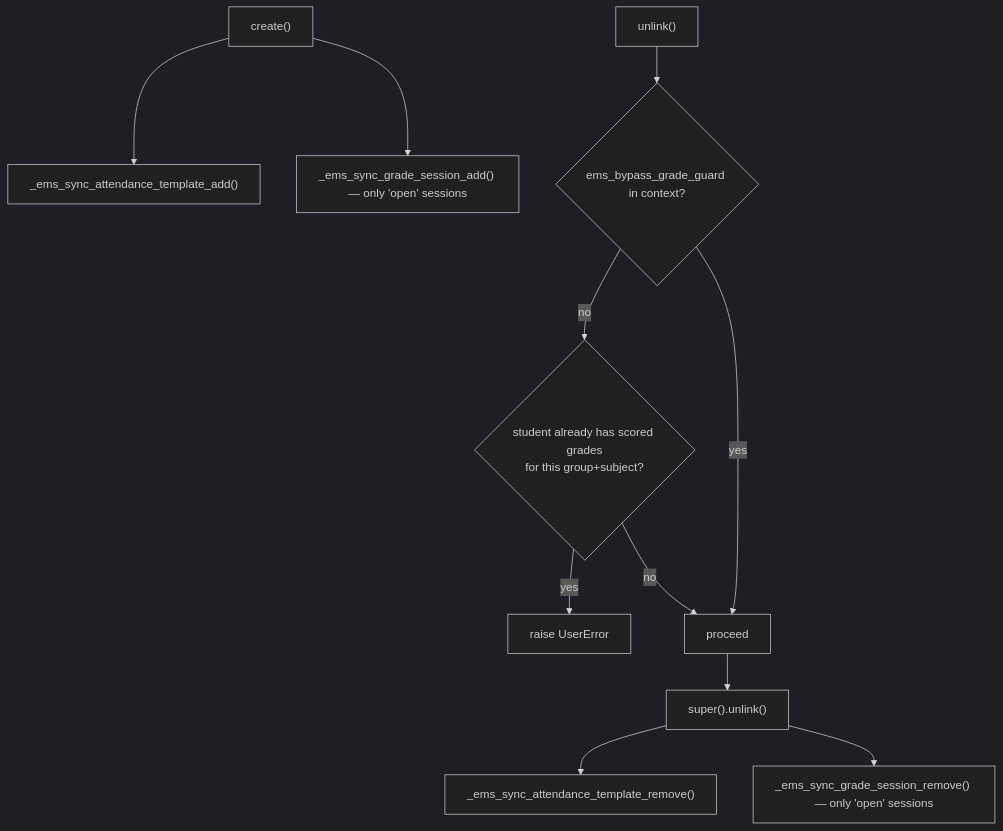
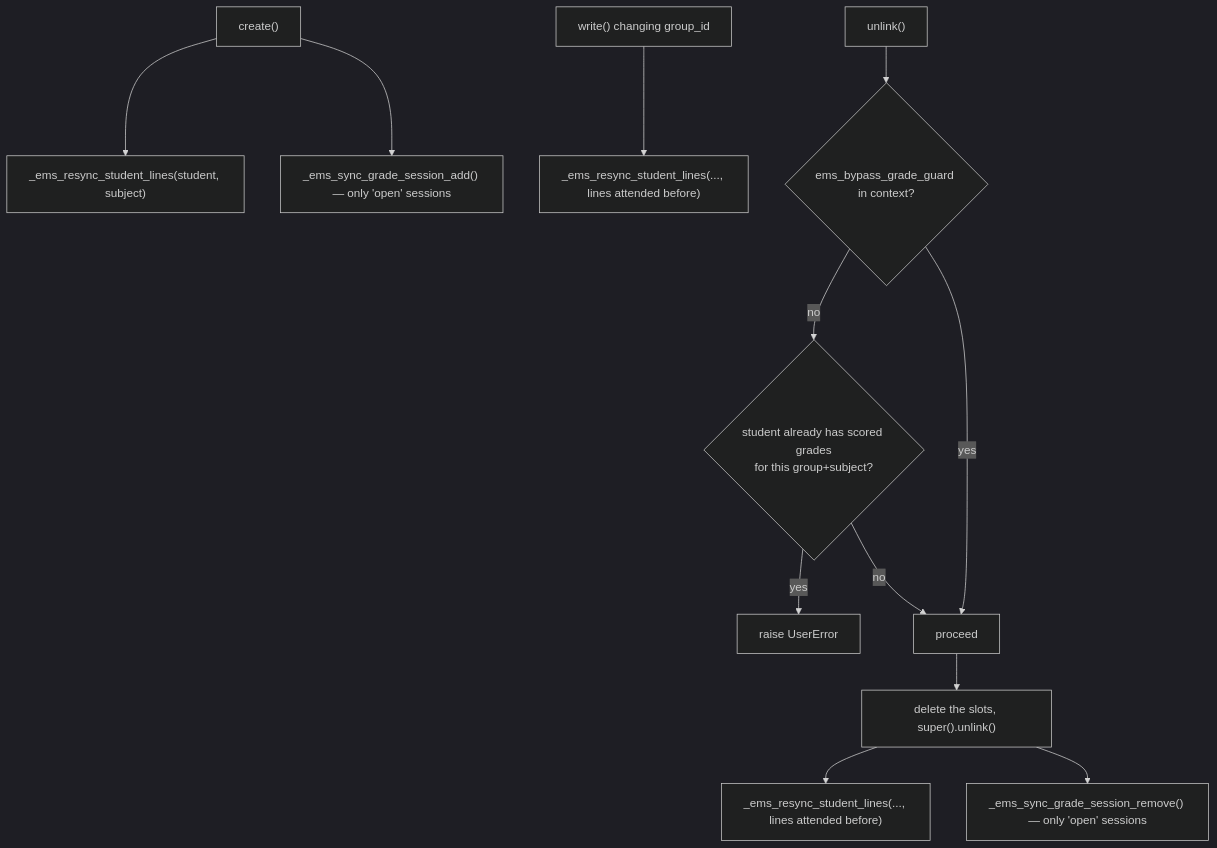
Before and after one commit to ElPuig/EMS: the third of 4 diagrams in docs/en/developers/contacts/enrollment.md, drawn with Mermaid (dark theme). The commit also changed other lines of this file and 227 other files, not shown here.

````diff
--- a/docs/en/developers/contacts/enrollment.md
+++ b/docs/en/developers/contacts/enrollment.md
@@ -73,13 +73,14 @@
 ```mermaid
 flowchart TD
-    A["create()"] --> B["_ems_sync_attendance_template_add()"]
+    A["create()"] --> B["_ems_resync_student_lines(student, subject)"]
     A --> C["_ems_sync_grade_session_add() — only 'open' sessions"]
+    W["write() changing group_id"] --> B2["_ems_resync_student_lines(..., lines attended before)"]
     D["unlink()"] --> E{"ems_bypass_grade_guard in context?"}
     E -- no --> F{"student already has scored grades\nfor this group+subject?"}
     F -- yes --> G["raise UserError"]
     F -- no --> H[proceed]
     E -- yes --> H
-    H --> I["super().unlink()"]
-    I --> J["_ems_sync_attendance_template_remove()"]
+    H --> I["delete the slots, super().unlink()"]
+    I --> J["_ems_resync_student_lines(..., lines attended before)"]
     I --> K["_ems_sync_grade_session_remove() — only 'open' sessions"]
 ```
````
